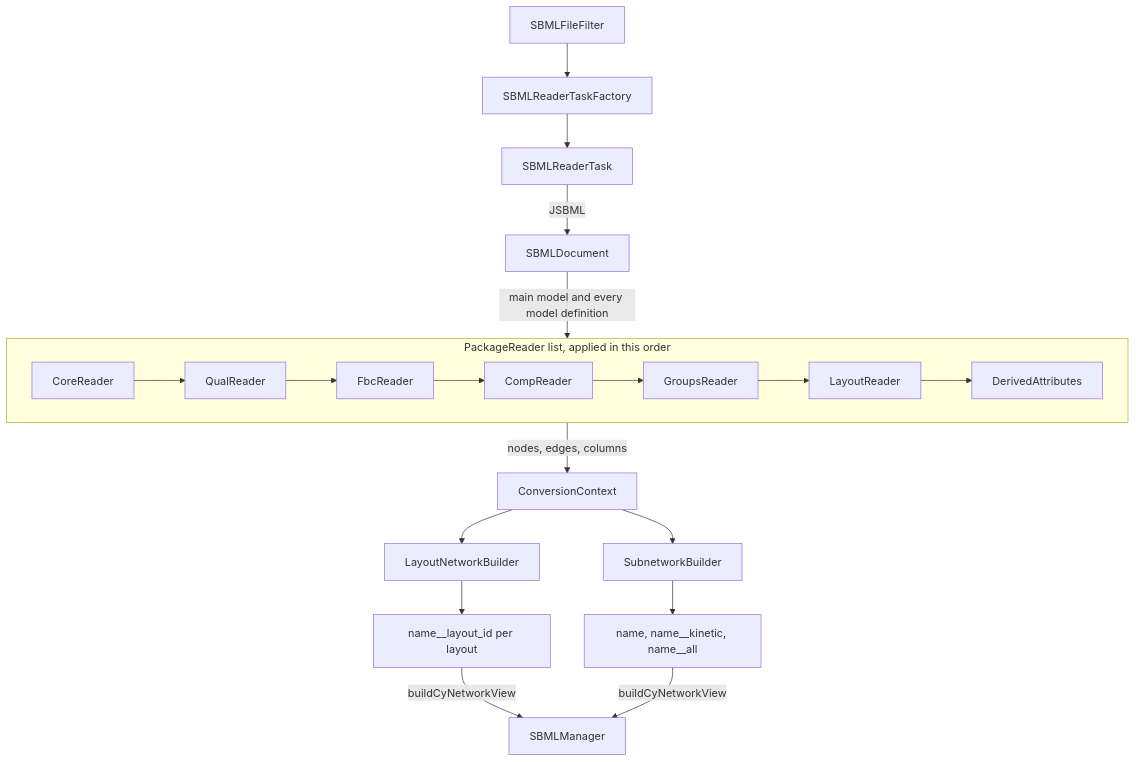
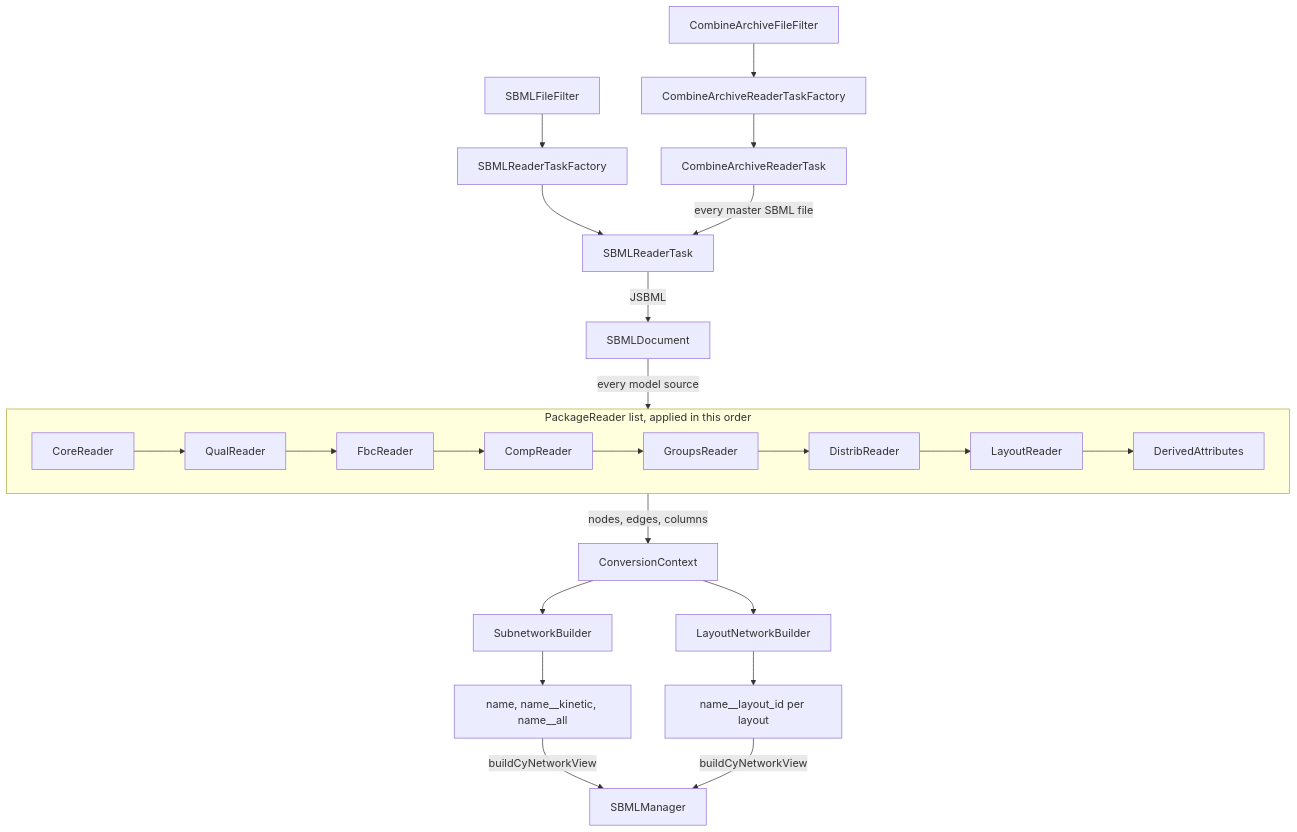
One commit to matthiaskoenig/cy3sbml changed the second of 2 diagrams in docs/development/architecture.md. Above: the diagram before and after it, drawn with Mermaid. The commit also changed other lines of this file and 89 other files, not shown here.

````diff
--- a/docs/development/architecture.md
+++ b/docs/development/architecture.md
@@ -70,18 +83,21 @@
 ```mermaid
 flowchart TB
     F[SBMLFileFilter] --> RF[SBMLReaderTaskFactory]
     RF --> T[SBMLReaderTask]
+    AF[CombineArchiveFileFilter] --> ARF[CombineArchiveReaderTaskFactory]
+    ARF --> AT[CombineArchiveReaderTask]
+    AT -->|every master SBML file| T
     T -->|JSBML| D[SBMLDocument]
-    D -->|main model and every model definition| PR
+    D -->|every model source| PR
     subgraph PR [PackageReader list, applied in this order]
         direction LR
-        C[CoreReader] --> Q[QualReader] --> FB[FbcReader] --> CO[CompReader] --> G[GroupsReader] --> L[LayoutReader] --> DA[DerivedAttributes]
+        C[CoreReader] --> Q[QualReader] --> FB[FbcReader] --> CO[CompReader] --> G[GroupsReader] --> DI[DistribReader] --> L[LayoutReader] --> DA[DerivedAttributes]
     end
     PR -->|nodes, edges, columns| CC[ConversionContext]
     CC --> SB[SubnetworkBuilder]
     SB --> N["name, name__kinetic, name__all"]
     CC --> LB[LayoutNetworkBuilder]
     LB --> LN["name__layout_id per layout"]
+    N -->|buildCyNetworkView| SM[SBMLManager]
     LN -->|buildCyNetworkView| SM
-    N -->|buildCyNetworkView| SM[SBMLManager]
 ```
````
